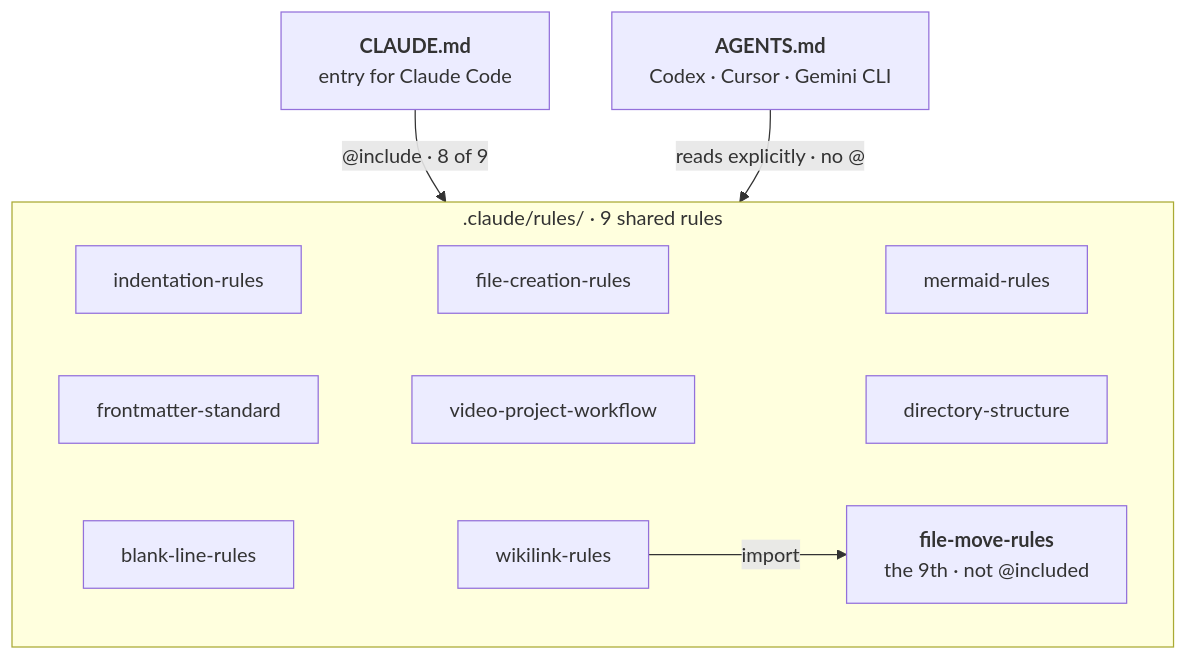
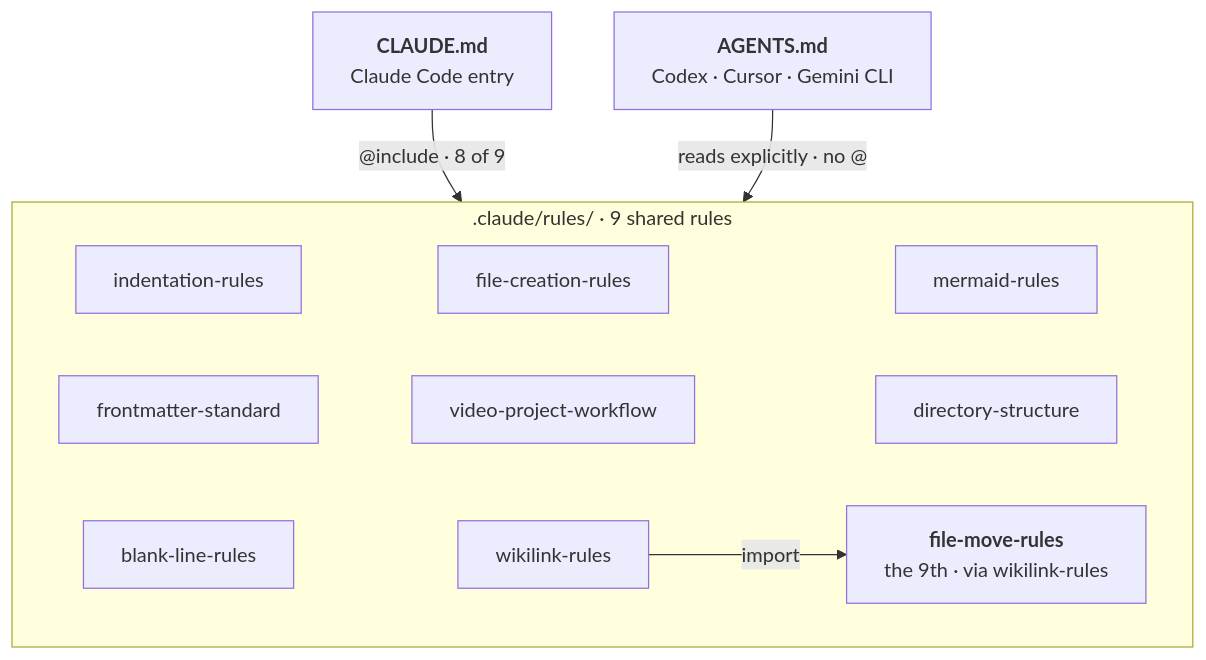
Before and after one commit to johnfkoo951/cmds-system-files: the diagram in diagrams/src/rules-include-en.md, drawn with Mermaid. The commit also changed other lines of this file and 20 other files, not shown here.

Commit message:
site: diagrams after reviewer pass (tighter labels, one-sentence captions, who-reads-what as flowchart) + copy refresh

````diff
--- a/diagrams/src/rules-include-en.md
+++ b/diagrams/src/rules-include-en.md
@@ -1,29 +1,29 @@
 ```mermaid
 flowchart TD
 %% @name: rules-include-en
 %% @alt: CLAUDE.md includes eight of the nine shared rules in .claude/rules/ with @include; the ninth, file-move-rules, is imported inside wikilink-rules; AGENTS.md readers (Codex, Cursor, Gemini CLI) read all nine explicitly.
 %% @key: CL
 %% @aux: AG
   CL["`**CLAUDE.md**
-entry for Claude Code`"]
+Claude Code entry`"]
   AG["`**AGENTS.md**
 Codex · Cursor · Gemini CLI`"]
   subgraph FOLDER[".claude/rules/ · 9 shared rules"]
     R1["indentation-rules"]
     R2["frontmatter-standard"]
     R4["blank-line-rules"]
     R5["file-creation-rules"]
     R6["video-project-workflow"]
     R3["wikilink-rules"]
     R7["mermaid-rules"]
     R8["directory-structure"]
     R9["`**file-move-rules**
-the 9th · not @included`"]
+the 9th · via wikilink-rules`"]
     R1 ~~~ R5 ~~~ R7
     R2 ~~~ R6 ~~~ R8
     R4 ~~~ R3
     R3 -->|"import"| R9
   end
   CL -->|"@include · 8 of 9"| FOLDER
   AG -->|"reads explicitly · no @"| FOLDER
 ```
````
